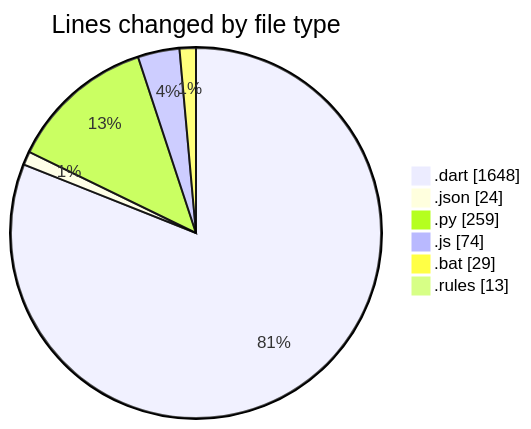
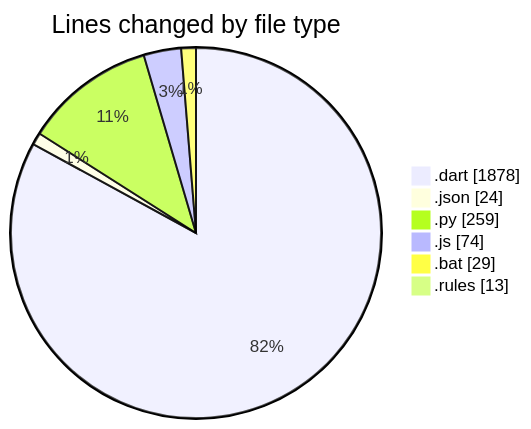
Before and after one commit to lephambinh05/code-tracking: the first of 2 diagrams in 2025-08-04/studybuddy/README.md, drawn with Mermaid. The commit also changed other lines of this file and 1 other file, not shown here.

````diff
--- a/2025-08-04/studybuddy/README.md
+++ b/2025-08-04/studybuddy/README.md
@@ -42,10 +43,10 @@
 ```mermaid
 pie showData
 title Lines changed by file type
-".dart" : 1648
+".dart" : 1878
 ".json" : 24
 ".py" : 259
 ".js" : 74
 ".bat" : 29
 ".rules" : 13
 ```
````
